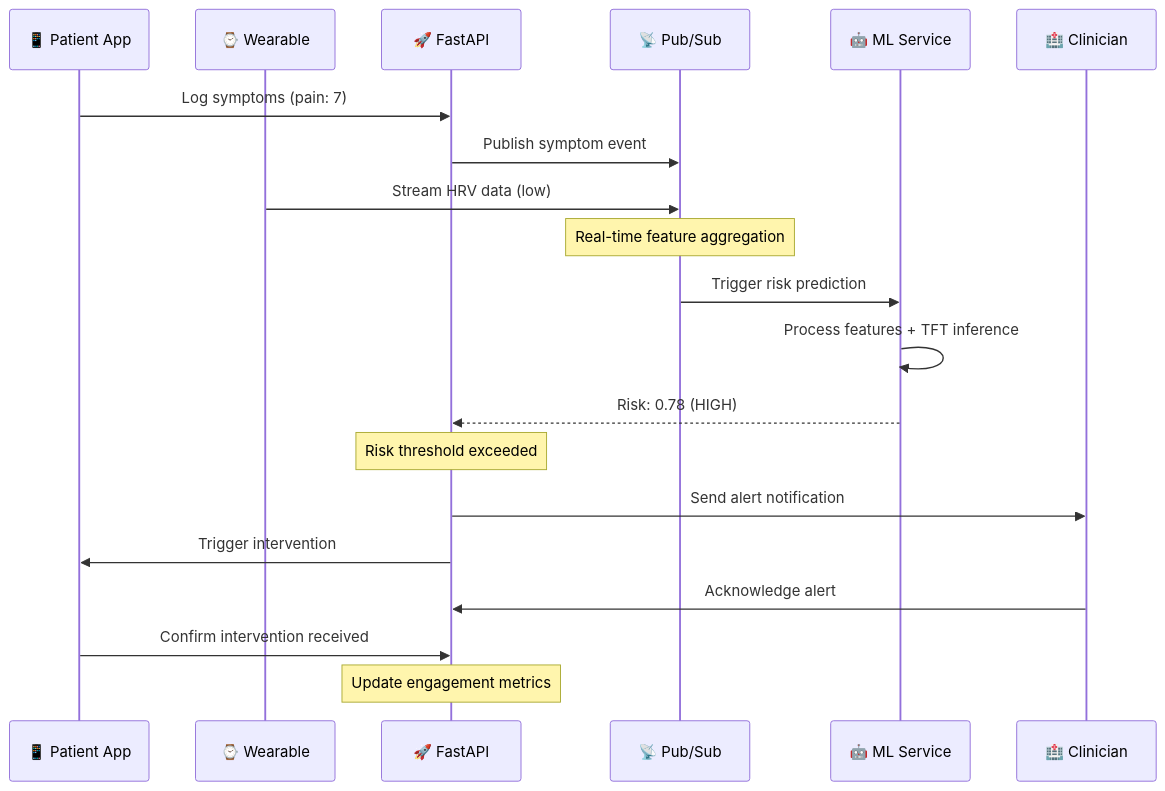
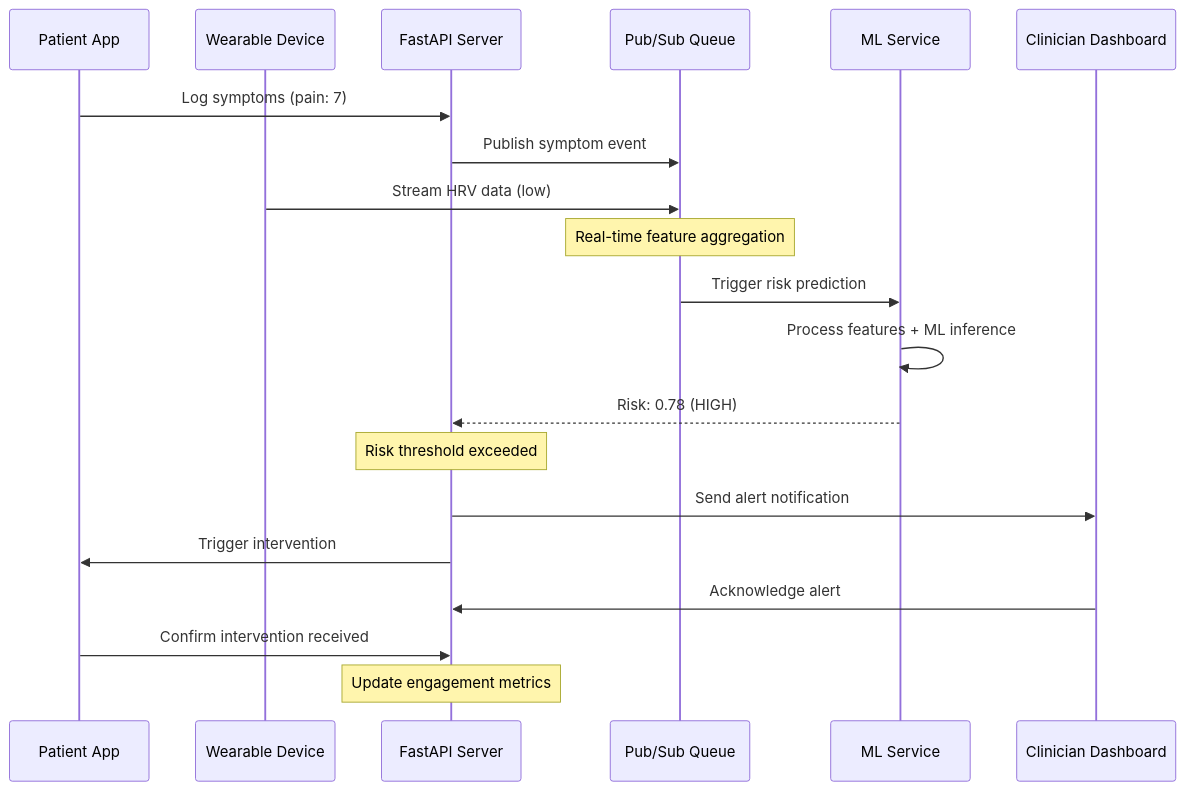
One commit to PriscillaOng12/Aegis changed the third of 7 diagrams in README.md. Above: the diagram before and after it, drawn with Mermaid. The commit also changed other lines of this file, not shown here.

````diff
--- a/README.md
+++ b/README.md
@@ -212,27 +212,27 @@
 ```mermaid
 sequenceDiagram
-    participant Patient as 📱 Patient App
-    participant Wearable as ⌚ Wearable
-    participant API as 🚀 FastAPI
-    participant PubSub as 📡 Pub/Sub
-    participant ML as 🤖 ML Service
-    participant Clinician as 🏥 Clinician
+    participant Patient as Patient App
+    participant Wearable as Wearable Device
+    participant API as FastAPI Server
+    participant PubSub as Pub/Sub Queue
+    participant ML as ML Service
+    participant Clinician as Clinician Dashboard
     
     Patient->>API: Log symptoms (pain: 7)
     API->>PubSub: Publish symptom event
     Wearable->>PubSub: Stream HRV data (low)
     
     Note over PubSub: Real-time feature aggregation
     PubSub->>ML: Trigger risk prediction
-    ML->>ML: Process features + TFT inference
+    ML->>ML: Process features + ML inference
     ML-->>API: Risk: 0.78 (HIGH)
     
     Note over API: Risk threshold exceeded
     API->>Clinician: Send alert notification
     API->>Patient: Trigger intervention
     
     Clinician->>API: Acknowledge alert
     Patient->>API: Confirm intervention received
     
     Note over API: Update engagement metrics
 ```
````
